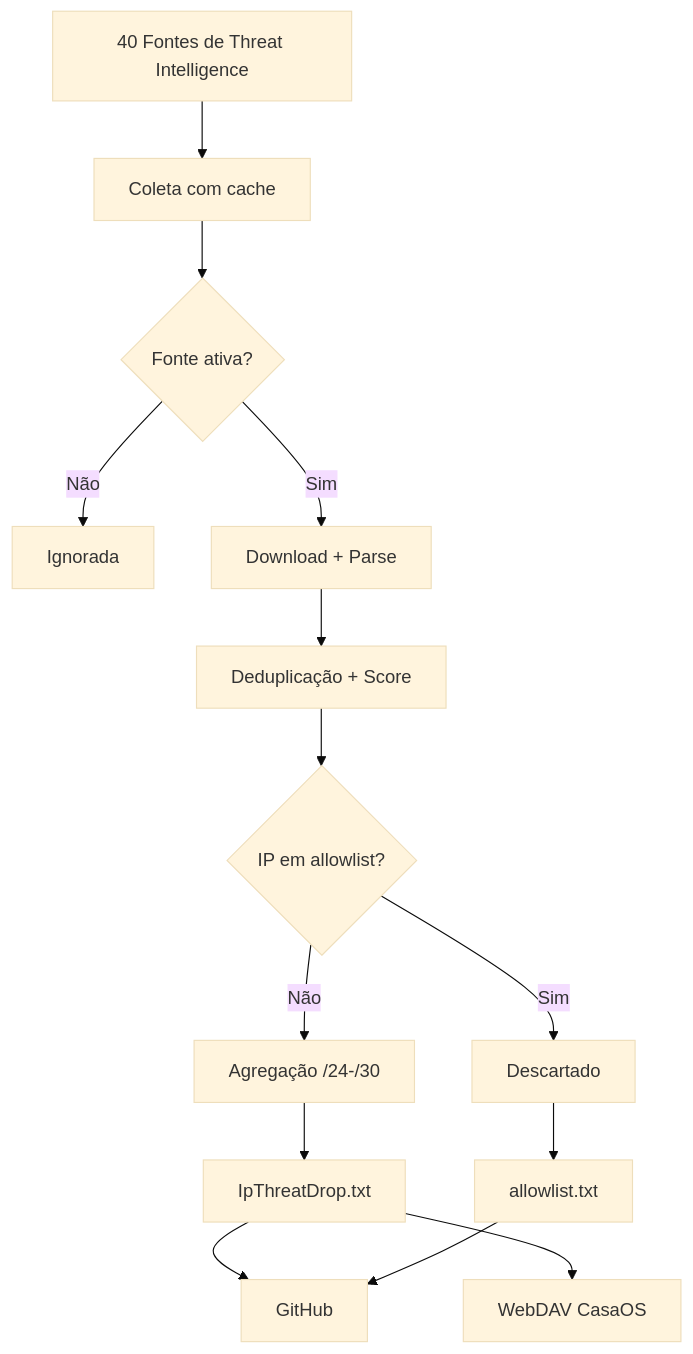
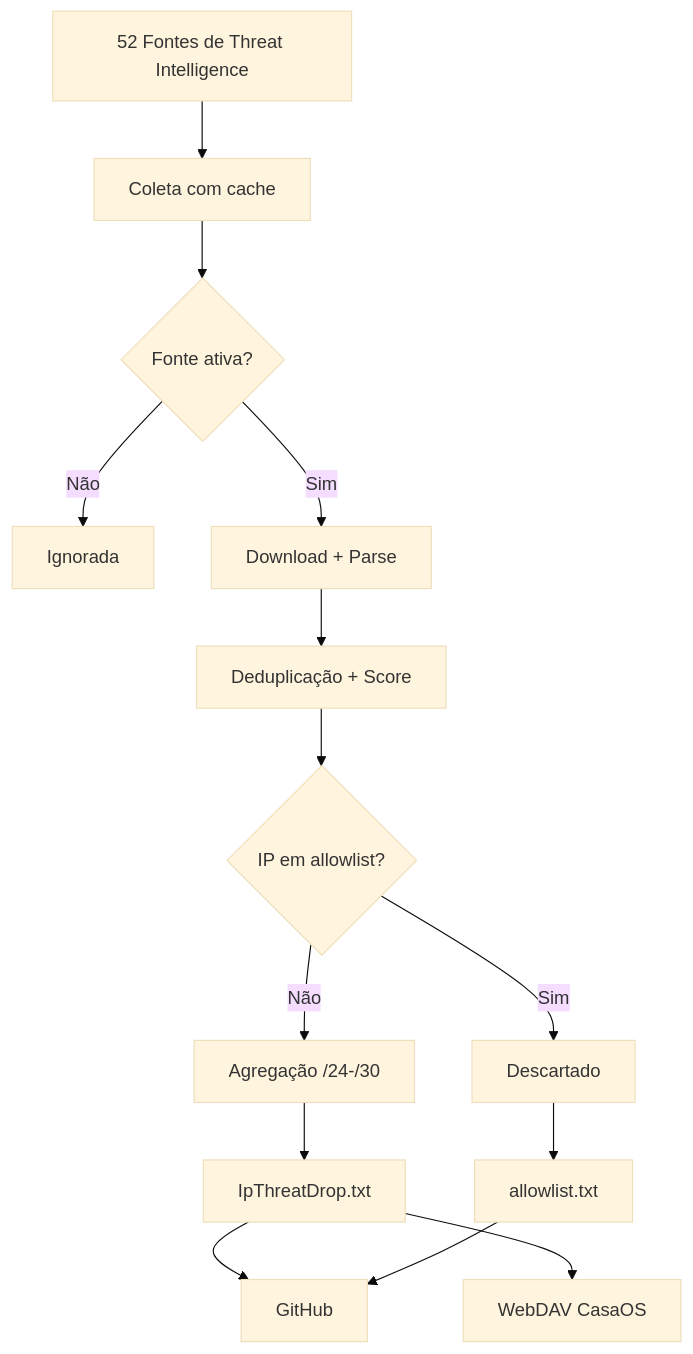
Before and after one commit to marciosx/IpThreatDrop: the diagram in README.md, drawn with Mermaid (base theme). The commit also changed other lines of this file, not shown here.

Commit message:
docs: atualiza lista de fontes ativas e remove desativadas

````diff
--- a/README.md
+++ b/README.md
@@ -83,16 +83,16 @@
 ```mermaid
 graph TD
-    A[40 Fontes de Threat Intelligence] --> B[Coleta com cache]
+    A[52 Fontes de Threat Intelligence] --> B[Coleta com cache]
     B --> C{Fonte ativa?}
     C -->|Não| X[Ignorada]
     C -->|Sim| D[Download + Parse]
     D --> E[Deduplicação + Score]
     E --> F{IP em allowlist?}
     F -->|Sim| G[Descartado]
     F -->|Não| H[Agregação /24-/30]
     H --> I[IpThreatDrop.txt]
     G --> J[allowlist.txt]
     I --> K[WebDAV CasaOS]
     I --> L[GitHub]
     J --> L
 ```
````
